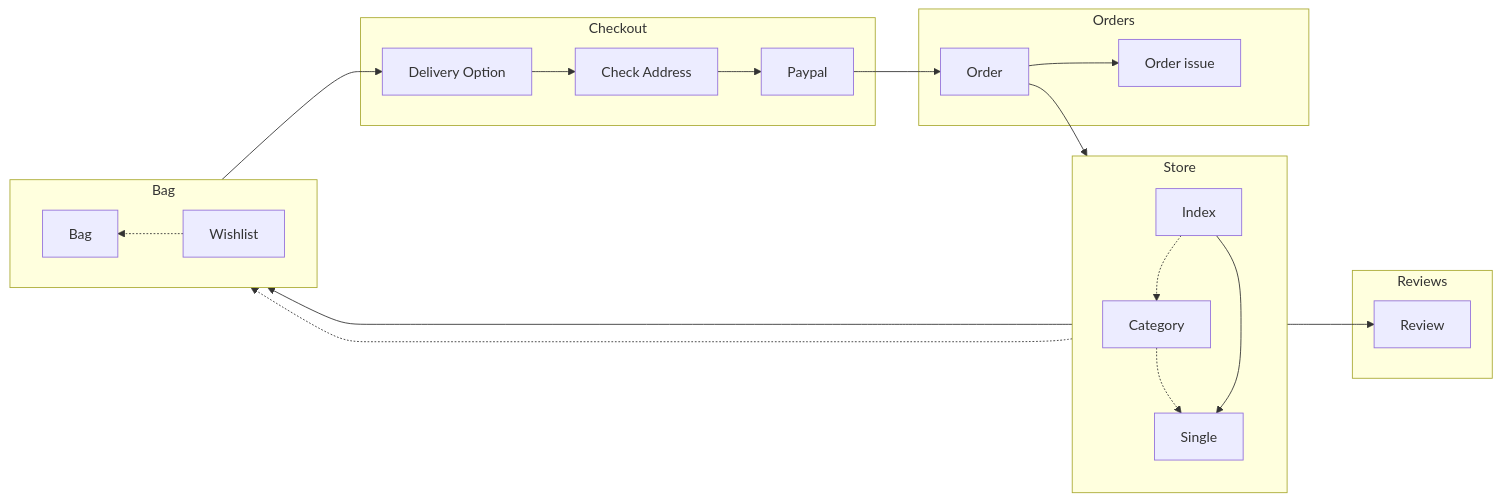
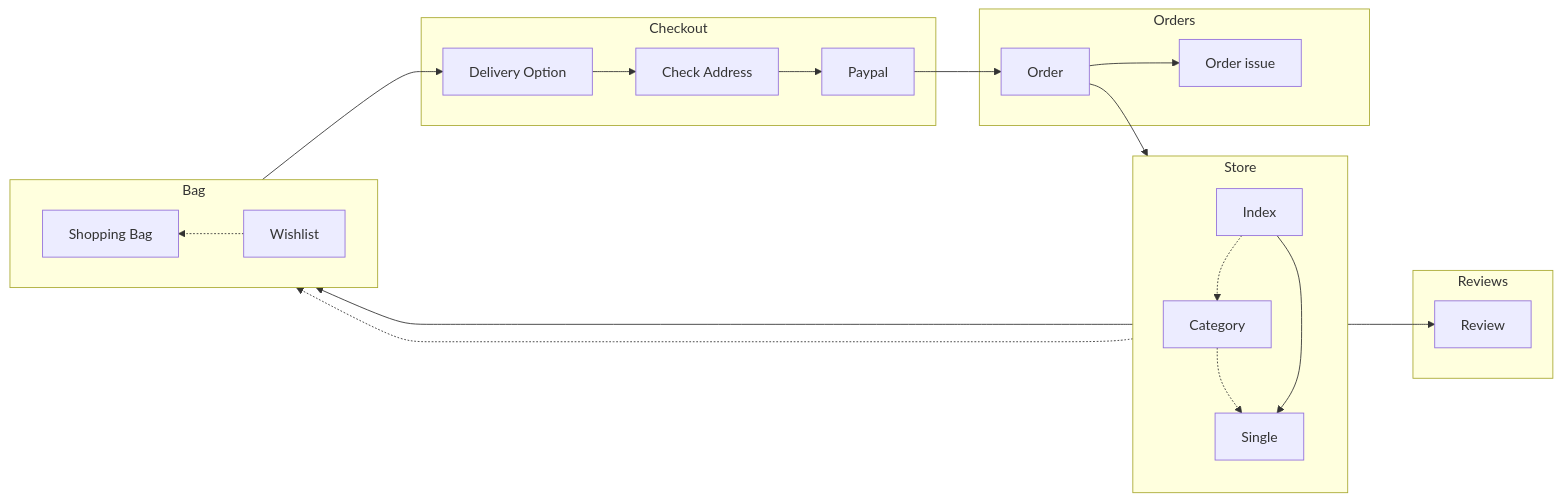
The first of 4 diagrams in README.md (stevetsaoch/Ecommerce), drawn with Mermaid before and after one commit. The commit also changed other lines of this file, not shown here.

````diff
--- a/README.md
+++ b/README.md
@@ -25,28 +25,28 @@
 ```mermaid
 flowchart LR
     subgraph Store[Store]
         direction TB
         I[Index] -.-> C[Category]
         C -.-> S
         I --> S[Single]
     end
     subgraph Bag
         direction RL
-        S --> B[Bag]
+        S --> B[Shopping Bag]
         S -.-> W[Wishlist] 
         W -.-> B
     end
 
     subgraph Checkout
         B --> DS[Delivery Option]
         DS --> CA[Check Address]
         CA --> P[Paypal]
     end
     subgraph Orders
         P --> O[Order]
         O --> OI[Order issue]
     end
     subgraph Reviews
         O --> S --> R[Review]
     end    
 ```
````
